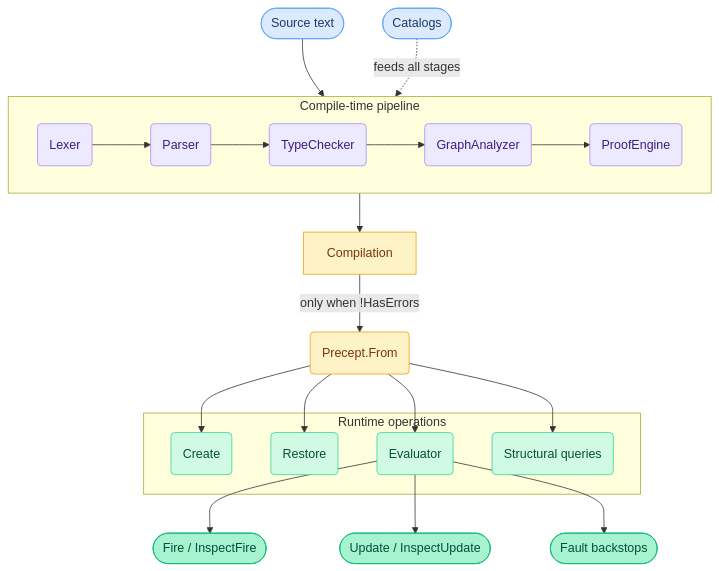
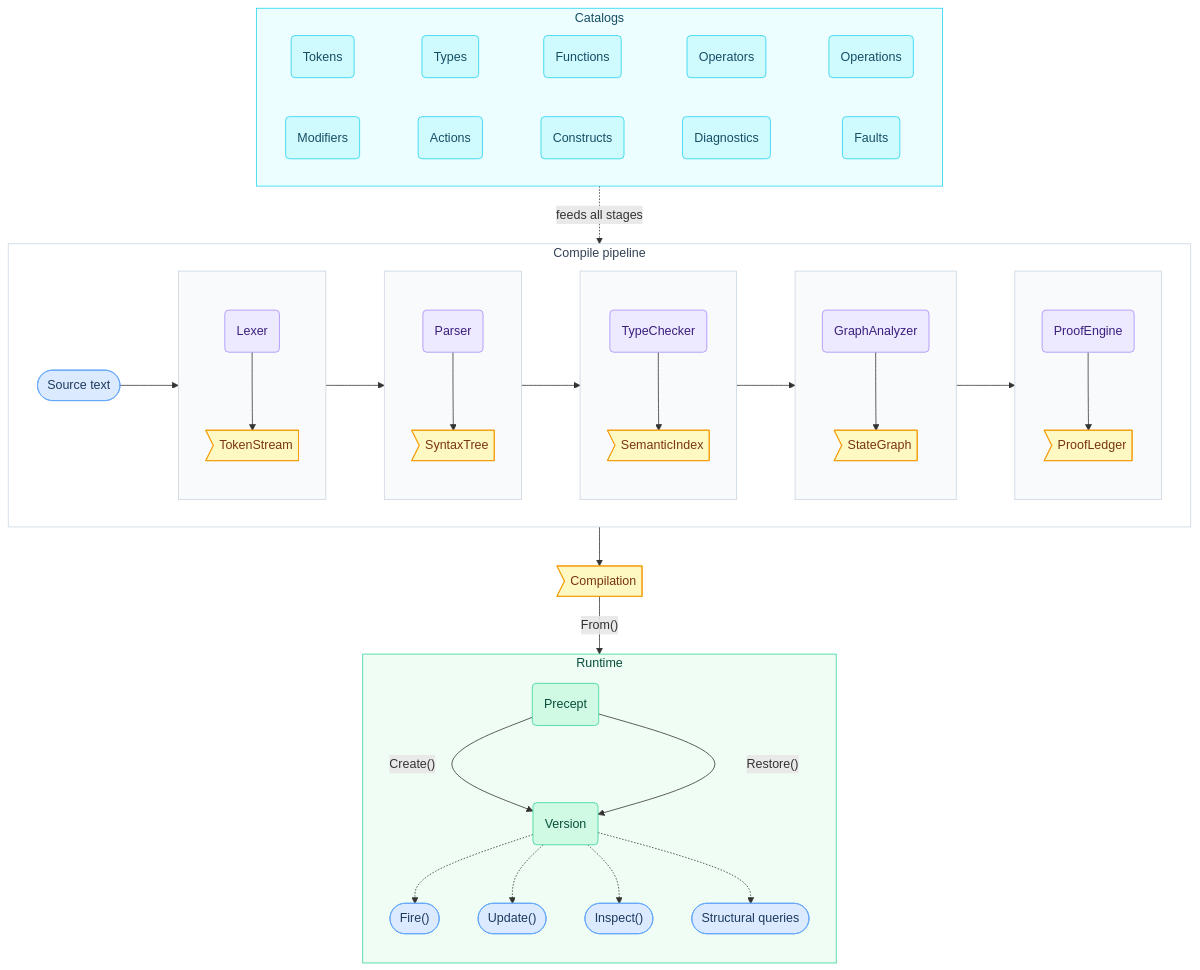
One commit to sfalik/Precept changed the first of 9 diagrams in docs/compiler-and-runtime-design.md. Above: the diagram before and after it, drawn with Mermaid. The commit also changed other lines of this file and 1 other file, not shown here.

First line of the commit message:
docs: refine pipeline diagram and narrative in compiler-and-runtime-design.md

````diff
--- a/docs/compiler-and-runtime-design.md
+++ b/docs/compiler-and-runtime-design.md
@@ -59,38 +61,76 @@
 ```mermaid
 flowchart TD
-    classDef input fill:#dbeafe,stroke:#60a5fa,color:#1e3a5f
-    classDef stage fill:#ede9fe,stroke:#a78bfa,color:#3b1f7e
+    classDef input    fill:#dbeafe,stroke:#60a5fa,color:#1e3a5f
+    classDef catalog  fill:#cffafe,stroke:#22d3ee,color:#164e63
+    classDef stage    fill:#ede9fe,stroke:#a78bfa,color:#3b1f7e
     classDef artifact fill:#fef3c7,stroke:#f59e0b,color:#78350f
-    classDef runtime fill:#d1fae5,stroke:#34d399,color:#064e3b
-    classDef leaf fill:#a7f3d0,stroke:#10b981,color:#064e3b
+    classDef out      fill:#fef9c3,stroke:#f59e0b,color:#78350f
+    classDef runtime  fill:#d1fae5,stroke:#34d399,color:#064e3b
 
-    src([Source text]):::input
-    cat([Catalogs]):::input
+    PR(Precept):::runtime
+    V(Version):::runtime
+    INS(["Inspect()"]):::input
+    SQ([Structural queries]):::input
+    FIR(["Fire()"]):::input
+    UPD(["Update()"]):::input
 
-    subgraph compile [Compile-time pipeline]
+    subgraph COMPILE[Compile pipeline]
         direction LR
-        L(Lexer):::stage --> P(Parser):::stage --> TC(TypeChecker):::stage --> GA(GraphAnalyzer):::stage --> PE(ProofEngine):::stage
+
+        SRC([Source text]):::input
+
+        subgraph c1[ ]
+            direction TB
+            LEX(Lexer):::stage --> TS>"TokenStream"]:::out
+        end
+        subgraph c2[ ]
+            direction TB
+            PAR(Parser):::stage --> ST>"SyntaxTree"]:::out
+        end
+        subgraph c3[ ]
+            direction TB
+            TC(TypeChecker):::stage --> SI>"SemanticIndex"]:::out
+        end
+        subgraph c4[ ]
+            direction TB
+            GA(GraphAnalyzer):::stage --> SG>"StateGraph"]:::out
+        end
+        subgraph c5[ ]
+            direction TB
+            PE(ProofEngine):::stage --> PL>"ProofLedger"]:::out
+        end
+
+        SRC --> c1 --> c2 --> c3 --> c4 --> c5
     end
 
-    src --> compile
-    cat -. feeds all stages .-> compile
+    CR>"Compilation"]:::out
 
-    compile --> CR[Compilation]:::artifact
-    CR -- "only when !HasErrors" --> PF(Precept.From):::artifact
-
-    subgraph runtime [Runtime operations]
-        C(Create):::runtime
-        R(Restore):::runtime
-        E(Evaluator):::runtime
-        SQ(Structural queries):::runtime
+    subgraph CATALOGS[Catalogs]
+        direction LR
+        TOK(Tokens):::catalog ~~~ TYP(Types):::catalog ~~~ FUN(Functions):::catalog ~~~ OPR(Operators):::catalog ~~~ OPN(Operations):::catalog
+        MOD(Modifiers):::catalog ~~~ ACT(Actions):::catalog ~~~ CON(Constructs):::catalog ~~~ DIA(Diagnostics):::catalog ~~~ FLT(Faults):::catalog
     end
 
-    PF --> C
-    PF --> R
-    PF --> E
-    PF --> SQ
+    CATALOGS -. feeds all stages .-> COMPILE
+    COMPILE --> CR
+    CR -- "From()" --> PR
 
-    E --> FI([Fire / InspectFire]):::leaf
-    E --> UI([Update / InspectUpdate]):::leaf
-    E --> FB([Fault backstops]):::leaf
+    subgraph RUNTIME[Runtime]
+        direction TB
+        PR -- "Create()" --> V
+        PR -- "Restore()" --> V
+        V -.-> FIR
+        V -.-> UPD
+        V -.-> INS
+        V -.-> SQ
+    end
+
+    style COMPILE  fill:#ffffff,stroke:#cbd5e1,color:#334155
+    style RUNTIME  fill:#f0fdf4,stroke:#34d399,color:#064e3b
+    style CATALOGS fill:#ecfeff,stroke:#22d3ee,color:#164e63
+    style c1 fill:#f8fafc,stroke:#cbd5e1
+    style c2 fill:#f8fafc,stroke:#cbd5e1
+    style c3 fill:#f8fafc,stroke:#cbd5e1
+    style c4 fill:#f8fafc,stroke:#cbd5e1
+    style c5 fill:#f8fafc,stroke:#cbd5e1
 ```
````
